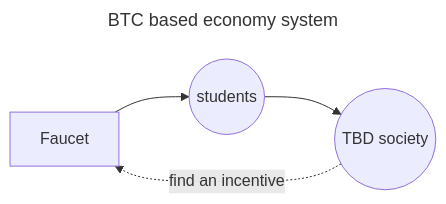
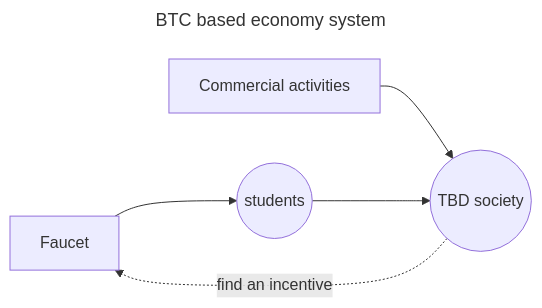
Before and after one commit to cromatikap/coin-society: the diagram in README.md, drawn with Mermaid.

````diff
--- a/README.md
+++ b/README.md
@@ -32,9 +32,10 @@
 ```mermaid
 ---
 title: BTC based economy system
 ---
 flowchart LR
     Faucet --> Students((students))
+    Commercial[Commercial activities] --> TBDsociety
     Students --> TBDsociety((TBD society))
     TBDsociety -.find an incentive.-> Faucet
 ```
````
